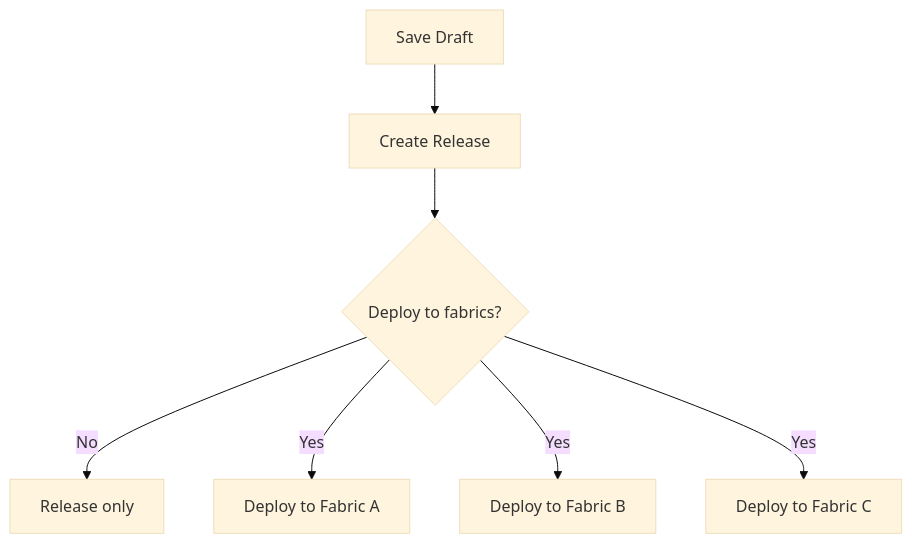
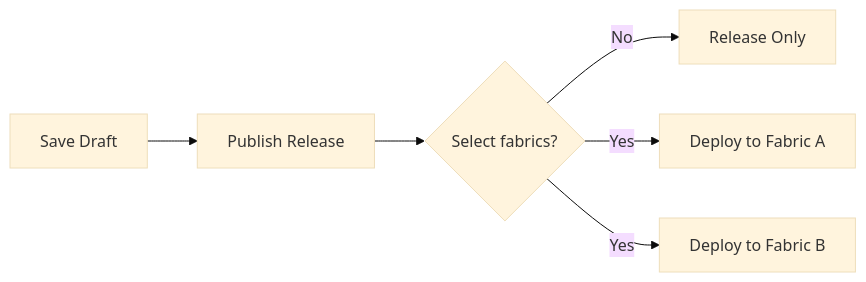
The diagram in data-analysis/production/publication/publish-project.mdx (prophecy-io/prophecy-docs), drawn with Mermaid (base theme) before and after one commit. The commit also changed other lines of this file, not shown here.

````diff
--- a/data-analysis/production/publication/publish-project.mdx
+++ b/data-analysis/production/publication/publish-project.mdx
@@ -17,9 +17,8 @@
 ```mermaid
-flowchart TD
-    A[Save Draft] --> B[Create Release]
-    B --> C{Deploy to fabrics?}
-    C -->|No| D[Release only]
+flowchart LR
+    A[Save Draft] --> B[Publish Release]
+    B --> C{Select fabrics?}
+    C -->|No| D[Release Only]
     C -->|Yes| E[Deploy to Fabric A]
     C -->|Yes| F[Deploy to Fabric B]
-    C -->|Yes| G[Deploy to Fabric C]
 ```
````
